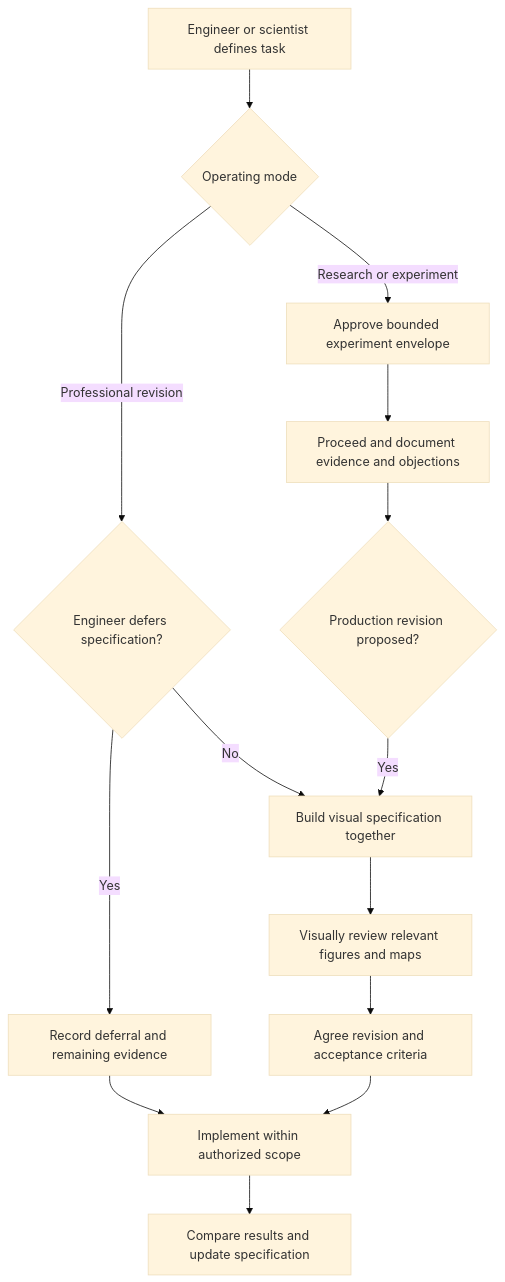
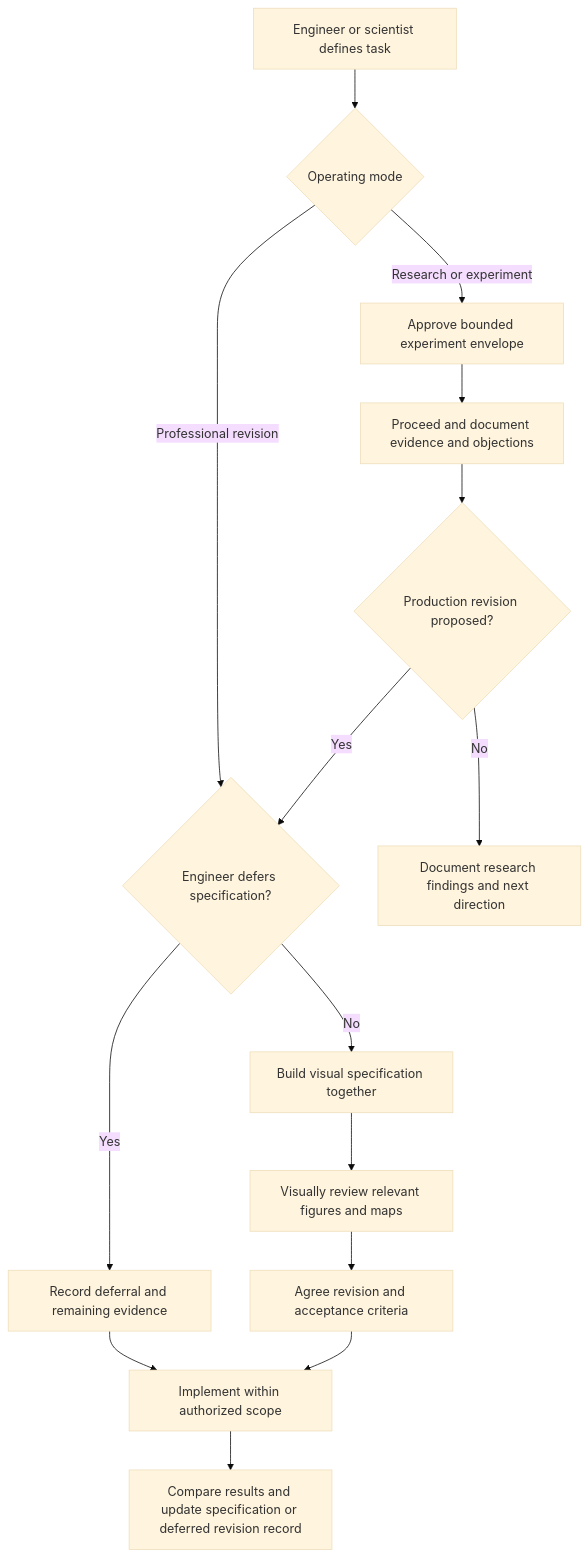
Before and after one commit to gpt-cmdr/ras-commander: the diagram in .claude/references/model-revisions/specification.md, drawn with Mermaid (base theme). The commit also changed other lines of this file and 21 other files, not shown here.

````diff
--- a/.claude/references/model-revisions/specification.md
+++ b/.claude/references/model-revisions/specification.md
@@ -39,16 +39,17 @@
 ```mermaid
 flowchart TD
     I[Engineer or scientist defines task] --> M{Operating mode}
     M -->|Professional revision| D{Engineer defers specification?}
     D -->|Yes| F[Record deferral and remaining evidence]
     D -->|No| S[Build visual specification together]
     S --> V[Visually review relevant figures and maps]
     V --> A[Agree revision and acceptance criteria]
     F --> X[Implement within authorized scope]
     A --> X
     M -->|Research or experiment| R[Approve bounded experiment envelope]
     R --> E[Proceed and document evidence and objections]
     E --> C{Production revision proposed?}
-    C -->|Yes| S
-    X --> O[Compare results and update specification]
+    C -->|Yes| D
+    C -->|No| L[Document research findings and next direction]
+    X --> O[Compare results and update specification or deferred revision record]
 ```
````
